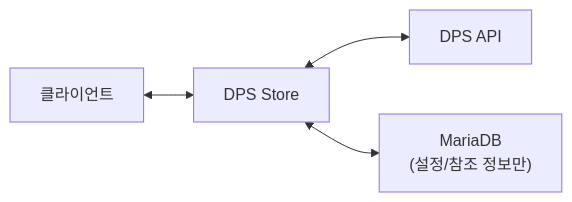
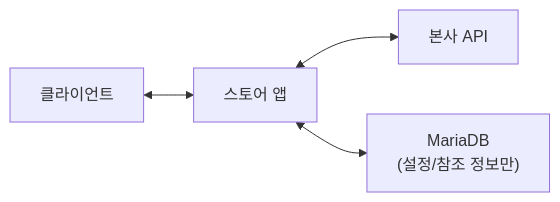
One commit to anveloper/anveloper.github.io changed the first of 3 diagrams in _posts/20260112-multi-tenant-saas-architecture.mdx. Above: the diagram before and after it, drawn with Mermaid. The commit also changed other lines of this file and 1 other file, not shown here.

````diff
--- a/_posts/20260112-multi-tenant-saas-architecture.mdx
+++ b/_posts/20260112-multi-tenant-saas-architecture.mdx
@@ -55,6 +55,6 @@
 ```mermaid
 flowchart LR
-  Client[클라이언트] <--> Store[DPS Store]
-  Store <--> API[DPS API]
+  Client[클라이언트] <--> Store[스토어 앱]
+  Store <--> API[본사 API]
   Store <--> DB["MariaDB\n(설정/참조 정보만)"]
 ```
````
